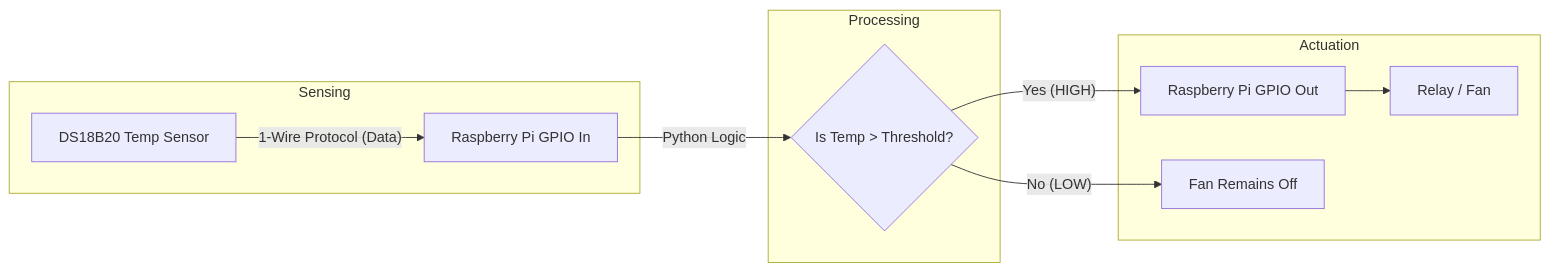
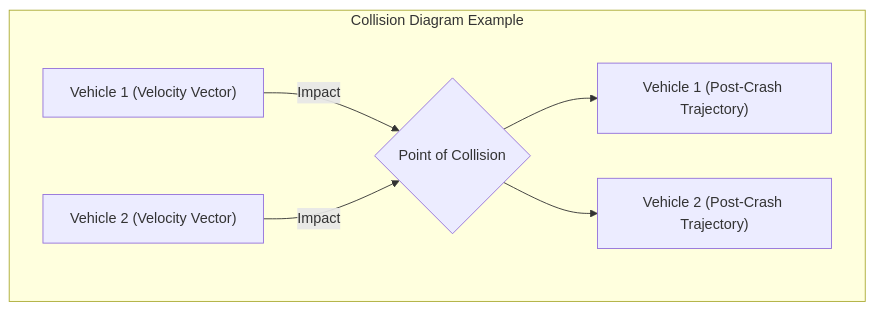
One commit to Shashi1024/Sample changed the third of 3 diagrams in Expr.md. Above: the diagram before and after it, drawn with Mermaid. The commit also changed other lines of this file, not shown here.

````diff
--- a/Expr.md
+++ b/Expr.md
@@ -338,14 +290,9 @@
 ```mermaid
-graph LR
-    subgraph Input ["Sensing"]
-        A["DS18B20 Temp Sensor"] -- "1-Wire Protocol (Data)" --> B["Raspberry Pi GPIO In"]
-    end
-    subgraph Logic ["Processing"]
-        B -- "Python Logic" --> C{"Is Temp > Threshold?"}
-    end
-    subgraph Output ["Actuation"]
-        C -- "Yes (HIGH)" --> D["Raspberry Pi GPIO Out"]
-        D --> E["Relay / Fan"]
-        C -- "No (LOW)" --> F["Fan Remains Off"]
-    end
+graph TD
+    subgraph Collision_Diagram ["Collision Diagram Example"]
+        A["Vehicle 1 (Velocity Vector)"] -->|Impact| C{"Point of Collision"}
+        B["Vehicle 2 (Velocity Vector)"] -->|Impact| C
+        C --> D["Vehicle 1 (Post-Crash Trajectory)"]
+        C --> E["Vehicle 2 (Post-Crash Trajectory)"]
+    end
 ```
````
